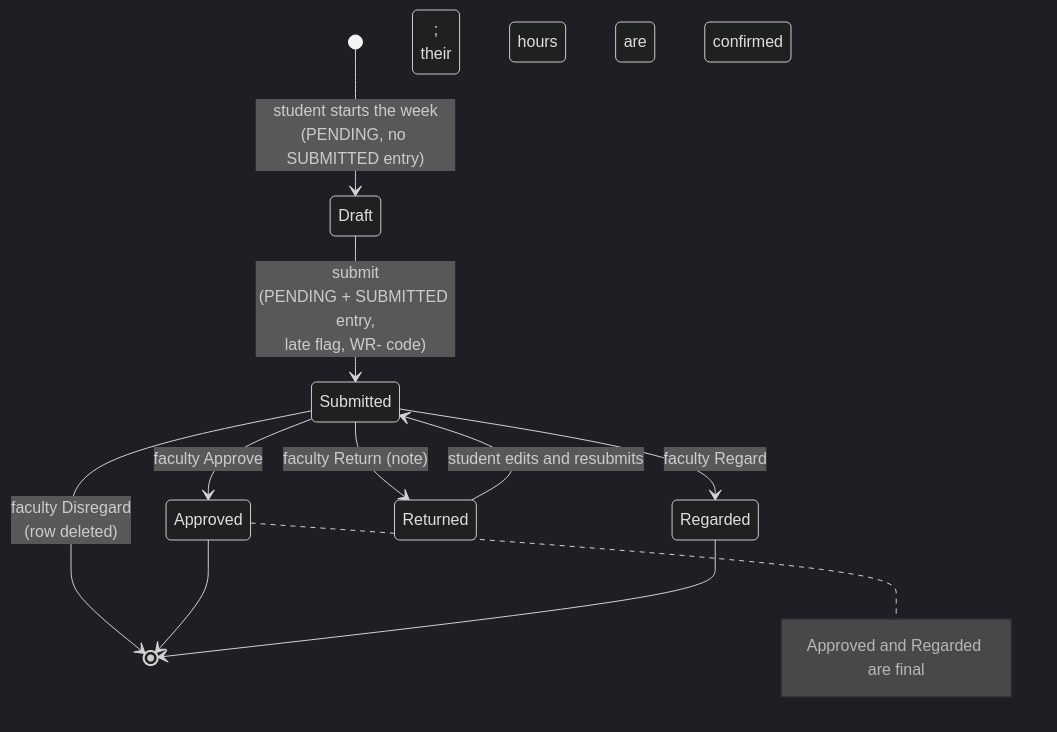
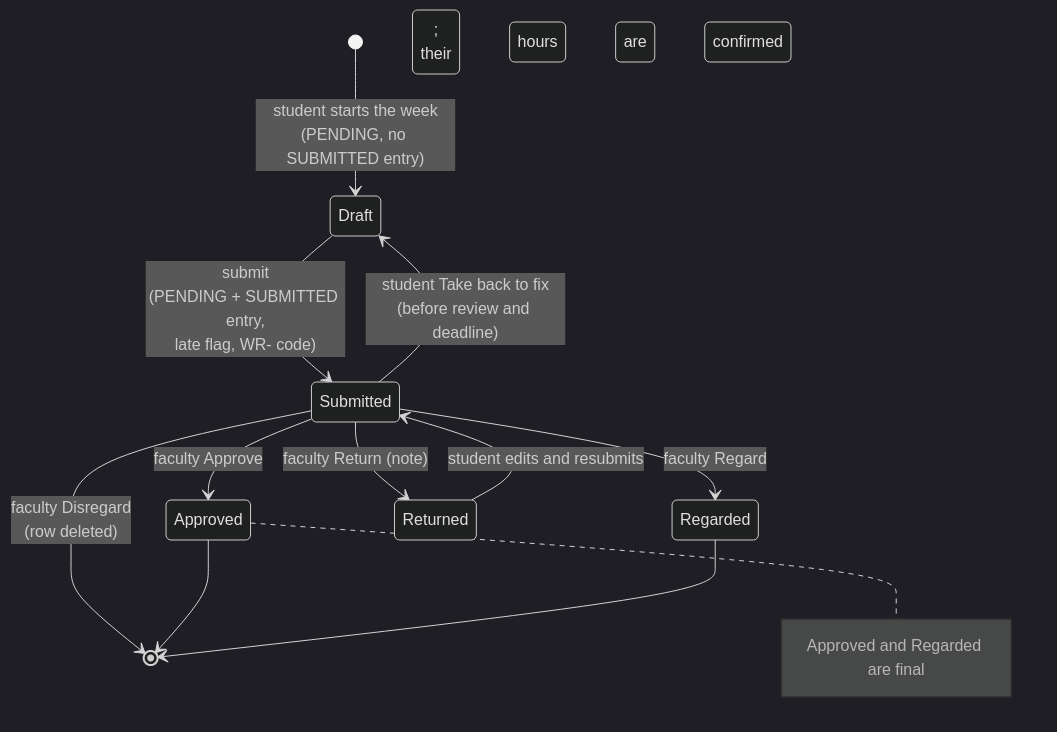
The seventh of 21 diagrams in docs/system/13-app-flow.md (team-beacon-slu/idsms-cis), drawn with Mermaid (dark theme) before and after one commit. The commit also changed other lines of this file and 21 other files, not shown here.

````diff
--- a/docs/system/13-app-flow.md
+++ b/docs/system/13-app-flow.md
@@ -248,13 +264,14 @@
 ```mermaid
 stateDiagram-v2
     [*] --> Draft: student starts the week<br/>(PENDING, no SUBMITTED entry)
     Draft --> Submitted: submit<br/>(PENDING + SUBMITTED entry,<br/>late flag, WR- code)
     Submitted --> Approved: faculty Approve
     Submitted --> Regarded: faculty Regard
     Submitted --> Returned: faculty Return (note)
     Submitted --> [*]: faculty Disregard<br/>(row deleted)
     Returned --> Submitted: student edits and resubmits
+    Submitted --> Draft: student Take back to fix<br/>(before review and deadline)
     Approved --> [*]
     Regarded --> [*]
     note right of Approved: Approved and Regarded are final;<br/>their hours are confirmed
 ```
````
